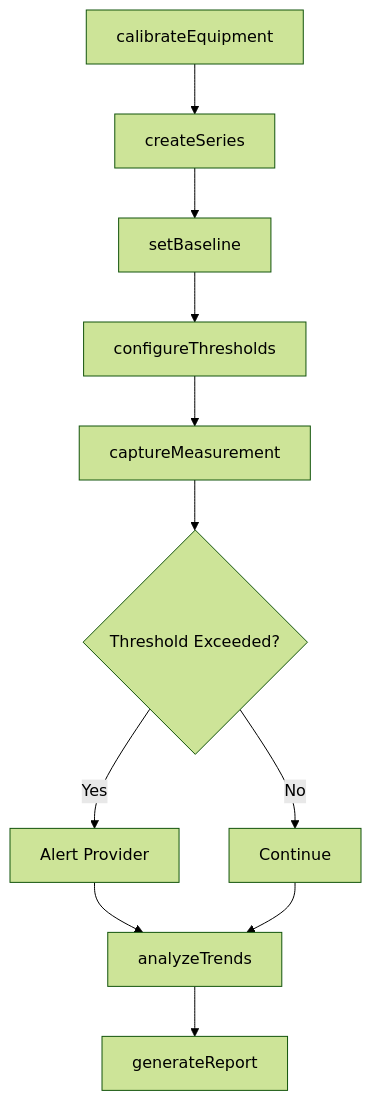
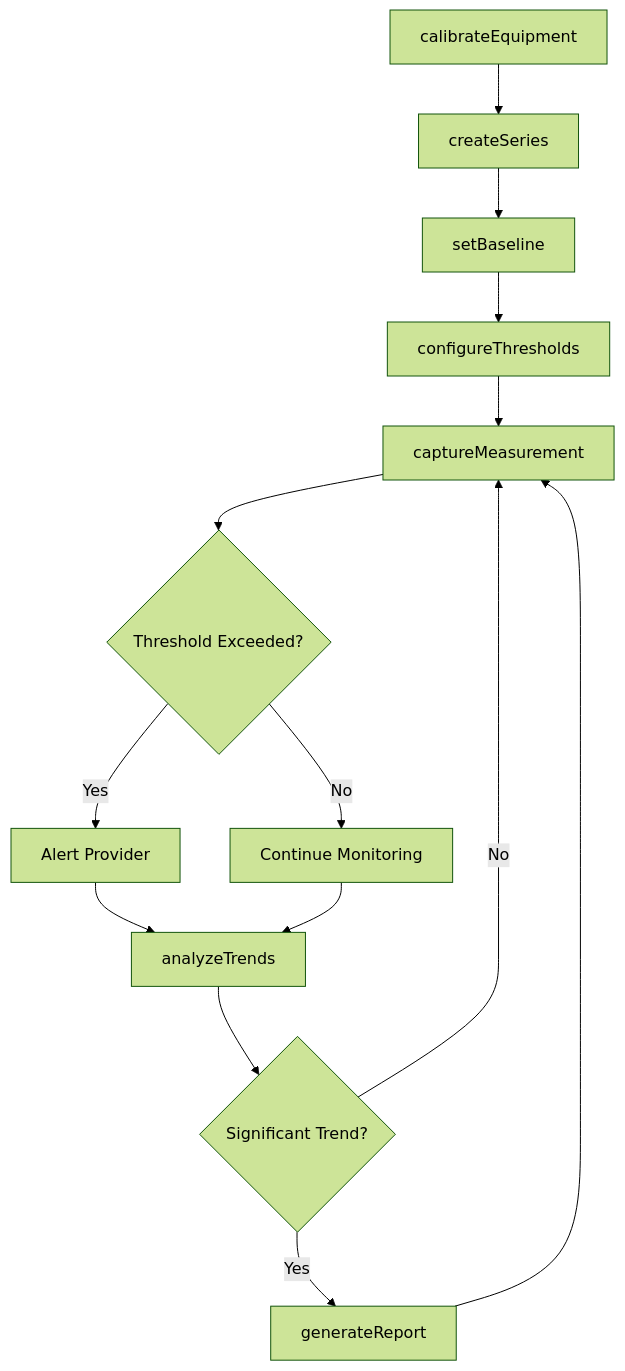
The third of 4 diagrams in InspectingEquipmentStructuresOrMaterials/ExaminePeopleOrAnimalsToAssessHealthConditionsOrPhysicalCharacteristics/MeasurePhysicalPhysiologicalAttributesPatients.mdx (dot-org-ai/tasks.org.ai), drawn with Mermaid (forest theme) before and after one commit. The commit also changed other lines of this file and 504 other files, not shown here.

First line of the commit message:
feat: Add ER diagrams, state diagrams, and workflow improvements to 96 DWA task files

````diff
--- a/InspectingEquipmentStructuresOrMaterials/ExaminePeopleOrAnimalsToAssessHealthConditionsOrPhysicalCharacteristics/MeasurePhysicalPhysiologicalAttributesPatients.mdx
+++ b/InspectingEquipmentStructuresOrMaterials/ExaminePeopleOrAnimalsToAssessHealthConditionsOrPhysicalCharacteristics/MeasurePhysicalPhysiologicalAttributesPatients.mdx
@@ -87,13 +117,16 @@
 ```mermaid
 graph TD
     A[calibrateEquipment] --> B[createSeries]
     B --> C[setBaseline]
     C --> D[configureThresholds]
     D --> E[captureMeasurement]
     E --> F{Threshold Exceeded?}
     F -->|Yes| G[Alert Provider]
-    F -->|No| H[Continue]
+    F -->|No| H[Continue Monitoring]
     G --> I[analyzeTrends]
     H --> I
-    I --> J[generateReport]
+    I --> J{Significant Trend?}
+    J -->|Yes| K[generateReport]
+    J -->|No| E
+    K --> E
 ```
````
